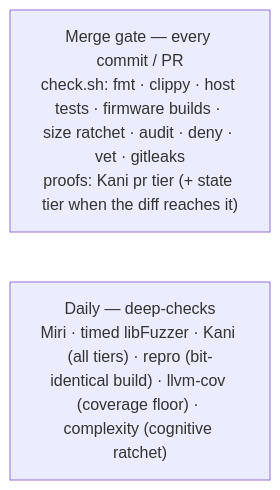
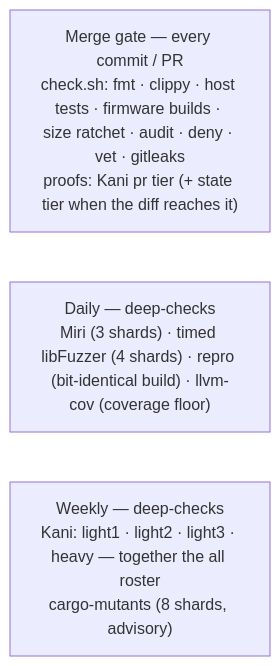
The second of 2 diagrams in docs/testing.md (TheMaxMur/RS-Key), drawn with Mermaid before and after one commit. The commit also changed other lines of this file and 3 other files, not shown here.

````diff
--- a/docs/testing.md
+++ b/docs/testing.md
@@ -741,6 +745,7 @@
 ```mermaid
 flowchart TB
     a["Merge gate — every commit / PR<br/>check.sh: fmt · clippy · host tests · firmware builds · size ratchet · audit · deny · vet · gitleaks<br/>proofs: Kani pr tier (+ state tier when the diff reaches it)"]
-    b["Daily — deep-checks<br/>Miri · timed libFuzzer · Kani (all tiers) · repro (bit-identical build) · llvm-cov (coverage floor) · complexity (cognitive ratchet)"]
-    a ~~~ b
+    b["Daily — deep-checks<br/>Miri (3 shards) · timed libFuzzer (4 shards) · repro (bit-identical build) · llvm-cov (coverage floor)"]
+    c["Weekly — deep-checks<br/>Kani: light1 · light2 · light3 · heavy — together the all roster<br/>cargo-mutants (8 shards, advisory)"]
+    a ~~~ b ~~~ c
 ```
````
